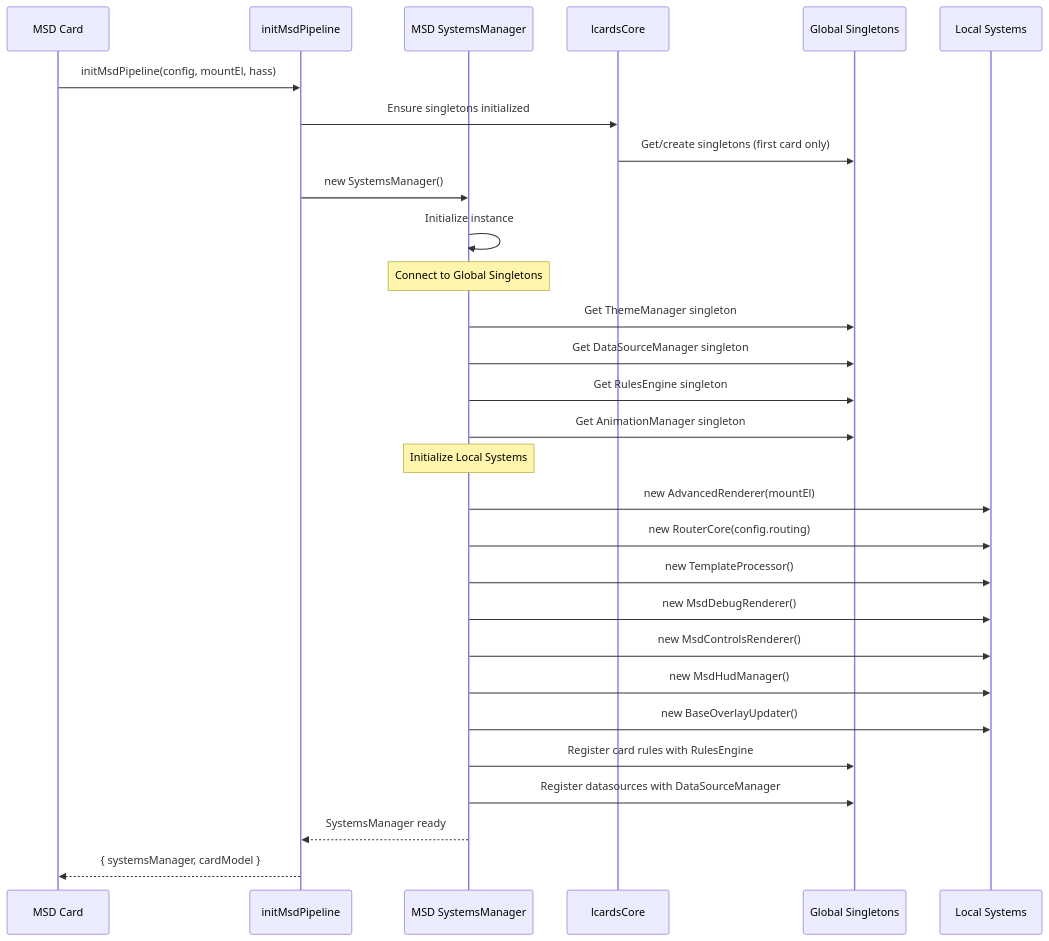
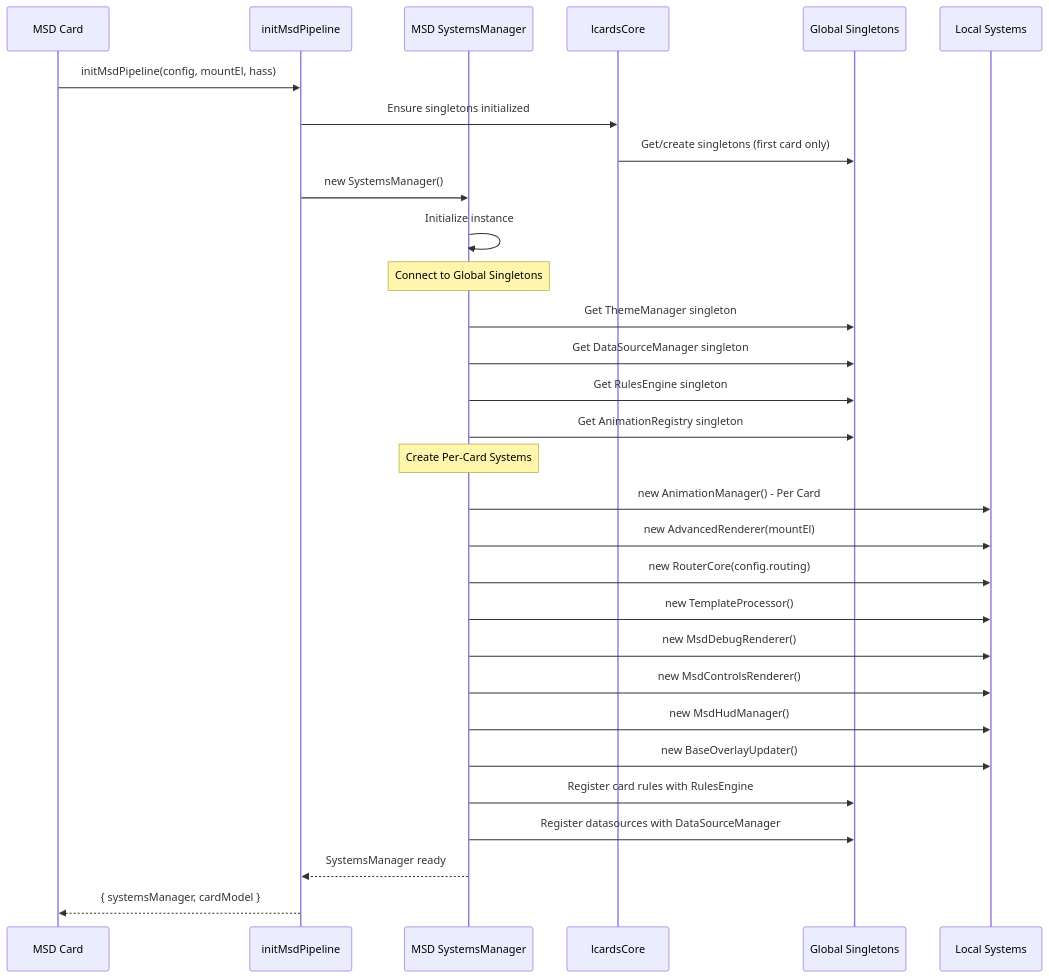
Before and after one commit to solhuebner/lcards: the second of 2 diagrams in doc/architecture/subsystems/msd-systems-manager.md, drawn with Mermaid. The commit also changed 1 other file, not shown here.

Commit message:
Fix remaining AnimationManager singleton references

````diff
--- a/doc/architecture/subsystems/msd-systems-manager.md
+++ b/doc/architecture/subsystems/msd-systems-manager.md
@@ -150,37 +150,38 @@
 ```mermaid
 sequenceDiagram
     participant Card as MSD Card
     participant Pipeline as initMsdPipeline
     participant SM as MSD SystemsManager
     participant Core as lcardsCore
     participant Singletons as Global Singletons
     participant Local as Local Systems
 
     Card->>Pipeline: initMsdPipeline(config, mountEl, hass)
     Pipeline->>Core: Ensure singletons initialized
     Core->>Singletons: Get/create singletons (first card only)
     
     Pipeline->>SM: new SystemsManager()
     SM->>SM: Initialize instance
     
     Note over SM: Connect to Global Singletons
     SM->>Singletons: Get ThemeManager singleton
     SM->>Singletons: Get DataSourceManager singleton
     SM->>Singletons: Get RulesEngine singleton
-    SM->>Singletons: Get AnimationManager singleton
+    SM->>Singletons: Get AnimationRegistry singleton
     
-    Note over SM: Initialize Local Systems
+    Note over SM: Create Per-Card Systems
+    SM->>Local: new AnimationManager() - Per Card
     SM->>Local: new AdvancedRenderer(mountEl)
     SM->>Local: new RouterCore(config.routing)
     SM->>Local: new TemplateProcessor()
     SM->>Local: new MsdDebugRenderer()
     SM->>Local: new MsdControlsRenderer()
     SM->>Local: new MsdHudManager()
     SM->>Local: new BaseOverlayUpdater()
     
     SM->>Singletons: Register card rules with RulesEngine
     SM->>Singletons: Register datasources with DataSourceManager
     
     SM-->>Pipeline: SystemsManager ready
     Pipeline-->>Card: { systemsManager, cardModel }
 ```
````
